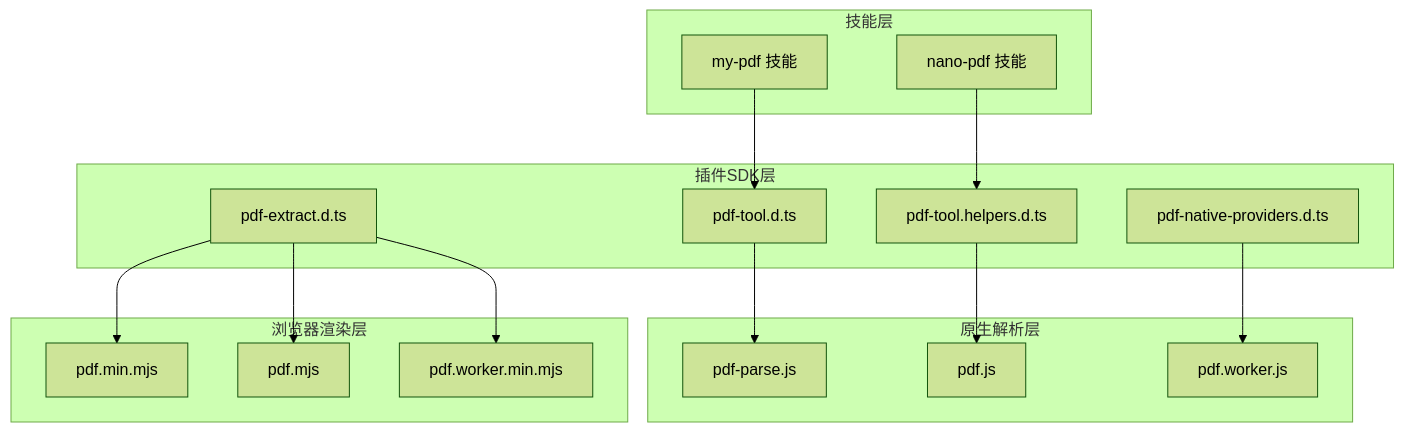
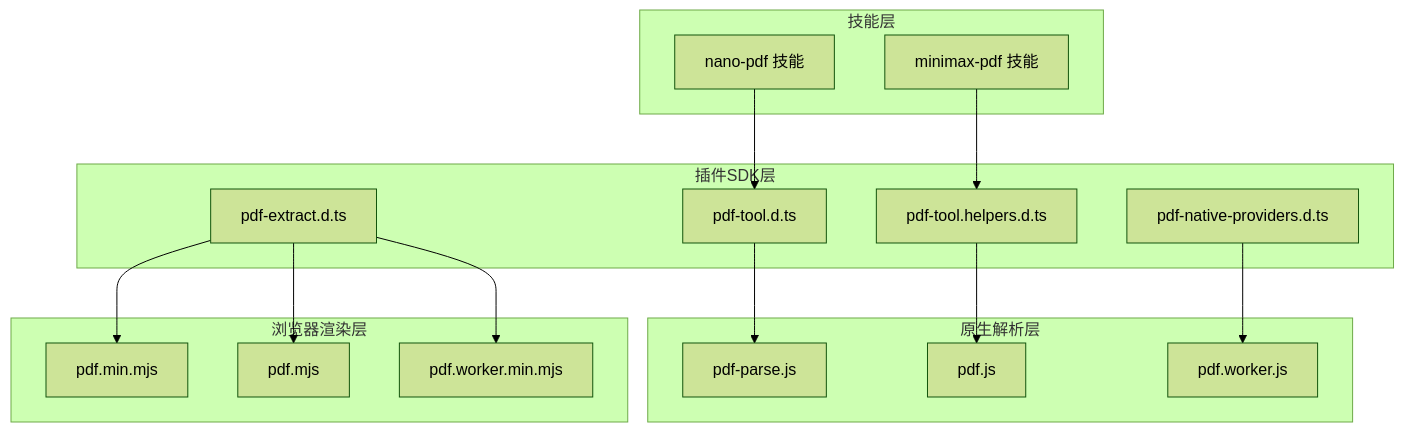
One commit to verse-ai-org/openclaw changed the first of 10 diagrams in .qoder/repowiki/zh/content/技能平台/内置技能/PDF 处理技能.md. Above: the diagram before and after it, drawn with Mermaid (forest theme). The commit also changed other lines of this file and 48 other files, not shown here.

````diff
--- a/.qoder/repowiki/zh/content/技能平台/内置技能/PDF 处理技能.md
+++ b/.qoder/repowiki/zh/content/技能平台/内置技能/PDF 处理技能.md
@@ -38,31 +47,31 @@
 ```mermaid
 graph TB
 subgraph "技能层"
-A[my-pdf 技能]
-B[nano-pdf 技能]
+A[nano-pdf 技能]
+B[minimax-pdf 技能]
 end
 subgraph "插件SDK层"
 C[pdf-tool.d.ts]
 D[pdf-tool.helpers.d.ts]
 E[pdf-native-providers.d.ts]
 F[pdf-extract.d.ts]
 end
 subgraph "原生解析层"
 G[pdf-parse.js]
 H[pdf.js]
 I[pdf.worker.js]
 end
 subgraph "浏览器渲染层"
 J[pdf.min.mjs]
 K[pdf.mjs]
 L[pdf.worker.min.mjs]
 end
 A --> C
 B --> D
 C --> G
 D --> H
 E --> I
 F --> J
 F --> K
 F --> L
 ```
````
